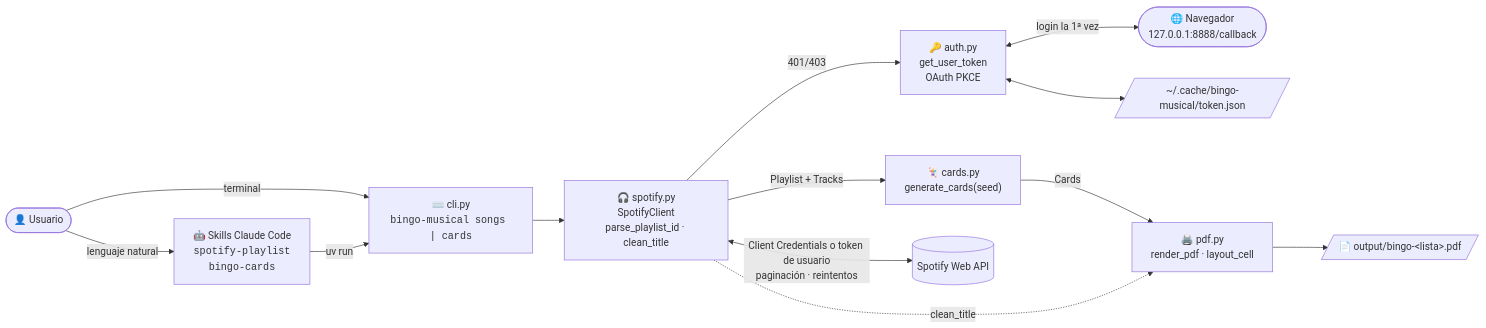
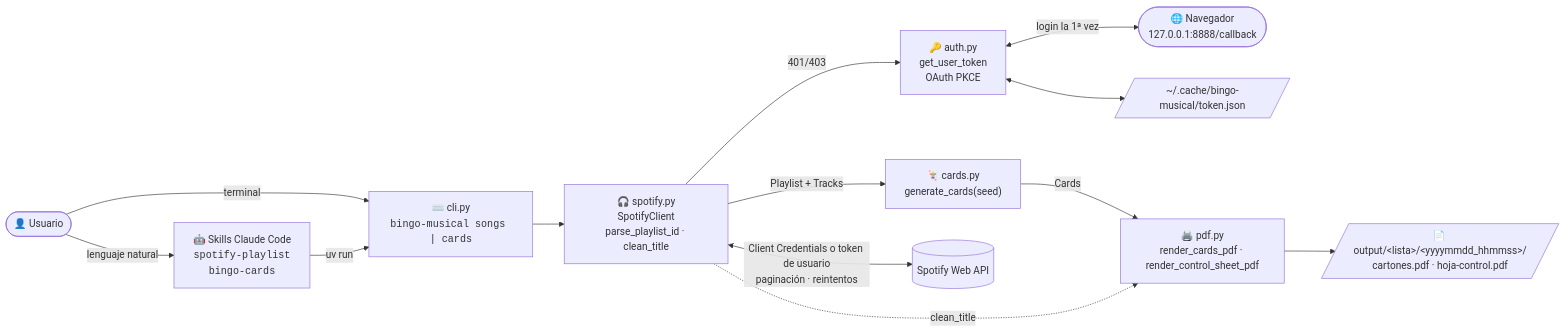
The first of 2 diagrams in README.md (pedro-poveda/bingo-musical), drawn with Mermaid before and after one commit. The commit also changed other lines of this file and 6 other files, not shown here.

First line of the commit message:
Hoja de control en PDF aparte y carpetas por lista y fecha

````diff
--- a/README.md
+++ b/README.md
@@ -169,27 +172,27 @@
 ```mermaid
 flowchart LR
     user(["👤 Usuario"])
     skills["🤖 Skills Claude Code<br/><code>spotify-playlist</code><br/><code>bingo-cards</code>"]
     cli["⌨️ cli.py<br/><code>bingo-musical songs | cards</code>"]
     spotify["🎧 spotify.py<br/>SpotifyClient<br/>parse_playlist_id · clean_title"]
     auth["🔑 auth.py<br/>get_user_token<br/>OAuth PKCE"]
     browser(["🌐 Navegador<br/>127.0.0.1:8888/callback"])
     cache[/"~/.cache/bingo-musical/token.json"/]
     cards["🃏 cards.py<br/>generate_cards(seed)"]
-    pdf["🖨️ pdf.py<br/>render_pdf · layout_cell"]
+    pdf["🖨️ pdf.py<br/>render_cards_pdf · render_control_sheet_pdf"]
     api[("Spotify Web API")]
-    out[/"📄 output/bingo-&lt;lista&gt;.pdf"/]
+    out[/"📄 output/&lt;lista&gt;/&lt;yyyymmdd_hhmmss&gt;/<br/>cartones.pdf · hoja-control.pdf"/]
 
     user -->|lenguaje natural| skills
     user -->|terminal| cli
     skills -->|uv run| cli
     cli --> spotify
     spotify <-->|Client Credentials o token de usuario<br/>paginación · reintentos| api
     spotify -->|401/403| auth
     auth <-->|login la 1ª vez| browser
     auth <--> cache
     spotify -->|Playlist + Tracks| cards
     cards -->|Cards| pdf
     spotify -. clean_title .-> pdf
     pdf --> out
 ```
````
